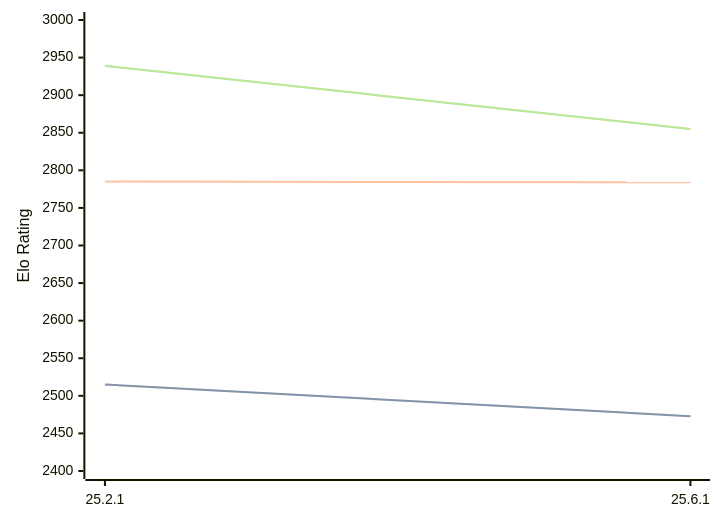
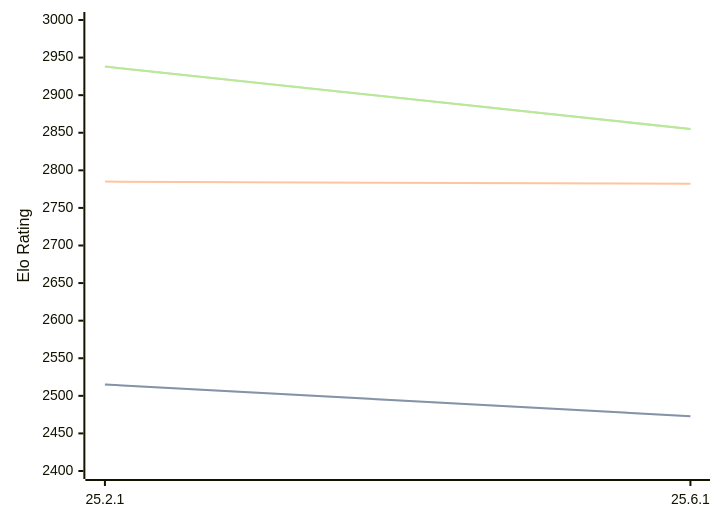
The diagram in engines/Crafty.md (computer-chess-index/cci), drawn with Mermaid before and after one commit. The commit also changed other lines of this file, not shown here.

Commit message:
Update CCI Ratings (ELO VLTC) - 2026-10-01

````diff
--- a/engines/Crafty.md
+++ b/engines/Crafty.md
@@ -32,11 +32,11 @@
 ```mermaid
 %%{init: {"theme":"base","themeVariables":{"seriesColors:['#a3a3a3','#222221','#faa371']}}}%%
 xychart-beta
   x-axis ["25.2.1", "25.6.1"]
   y-axis "Elo Rating" 2400 --> 3000
   line "" [2515, 2473]
   line "STC (8.0+0.08s)" [2515, 2473]
-  line "LTC (60.0+0.60s)" [2785, 2784]
-  line "" [2939, 2855]
-  line "VLTC (2m24s+1.12s)" [2939, 2855]
+  line "LTC (60.0+0.60s)" [2785, 2782]
+  line "" [2938, 2855]
+  line "VLTC (2m24s+1.12s)" [2938, 2855]
 ```
````
